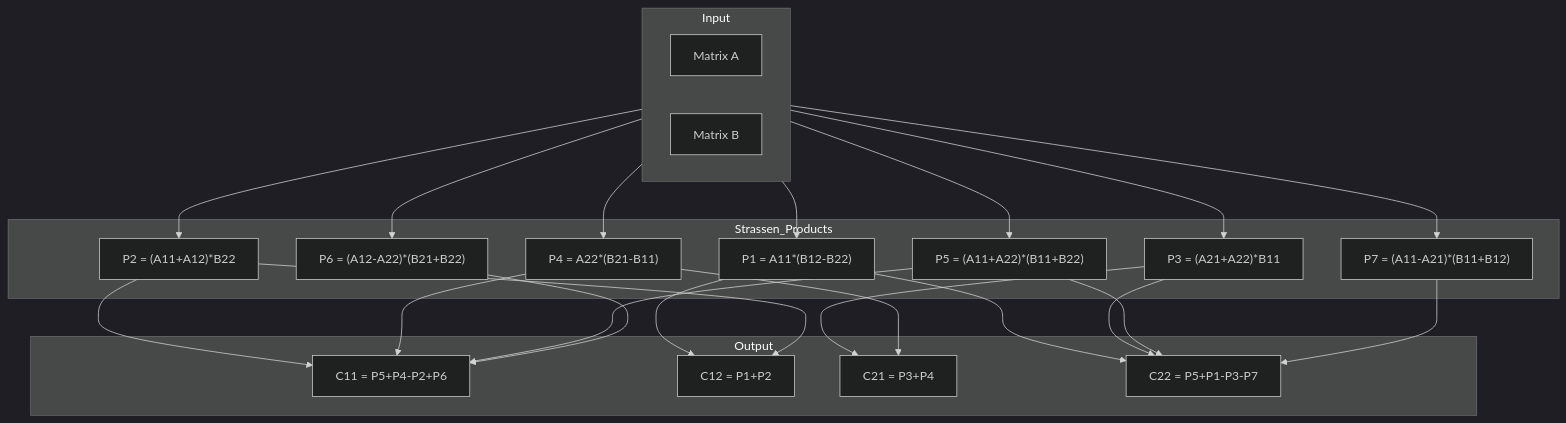
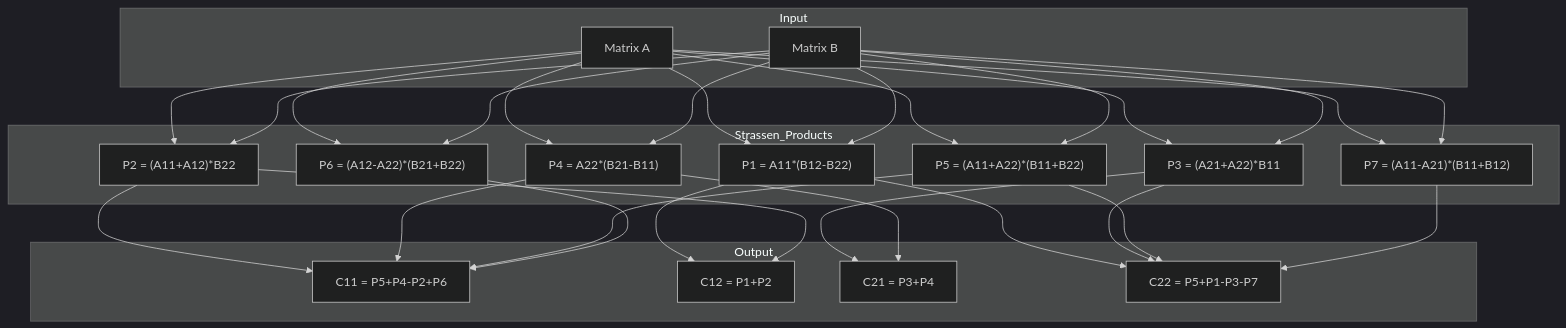
Before and after one commit to agbruneau/FibGo: the second of 2 diagrams in Docs/algorithms/MATRIX.md, drawn with Mermaid (dark theme). The commit also changed 1 other file, not shown here.

Commit message:
correction des diagrammes

````diff
--- a/Docs/algorithms/MATRIX.md
+++ b/Docs/algorithms/MATRIX.md
@@ -175,33 +175,51 @@
 ```mermaid
 graph TD
     subgraph Input
         A[Matrix A]
         B[Matrix B]
     end
 
     subgraph Strassen_Products
         P1["P1 = A11*(B12-B22)"]
         P2["P2 = (A11+A12)*B22"]
         P3["P3 = (A21+A22)*B11"]
         P4["P4 = A22*(B21-B11)"]
         P5["P5 = (A11+A22)*(B11+B22)"]
         P6["P6 = (A12-A22)*(B21+B22)"]
         P7["P7 = (A11-A21)*(B11+B12)"]
     end
 
     subgraph Output
         C11["C11 = P5+P4-P2+P6"]
         C12["C12 = P1+P2"]
         C21["C21 = P3+P4"]
         C22["C22 = P5+P1-P3-P7"]
     end
 
-    Input --> P1 & P2 & P3 & P4 & P5 & P6 & P7
-    P1 --> C12 & C22
-    P2 --> C11 & C12
-    P3 --> C21 & C22
-    P4 --> C11 & C21
-    P5 --> C11 & C22
+    A --> P1
+    A --> P2
+    A --> P3
+    A --> P4
+    A --> P5
+    A --> P6
+    A --> P7
+    B --> P1
+    B --> P2
+    B --> P3
+    B --> P4
+    B --> P5
+    B --> P6
+    B --> P7
+    P1 --> C12
+    P1 --> C22
+    P2 --> C11
+    P2 --> C12
+    P3 --> C21
+    P3 --> C22
+    P4 --> C11
+    P4 --> C21
+    P5 --> C11
+    P5 --> C22
     P6 --> C11
     P7 --> C22
 ```
````
